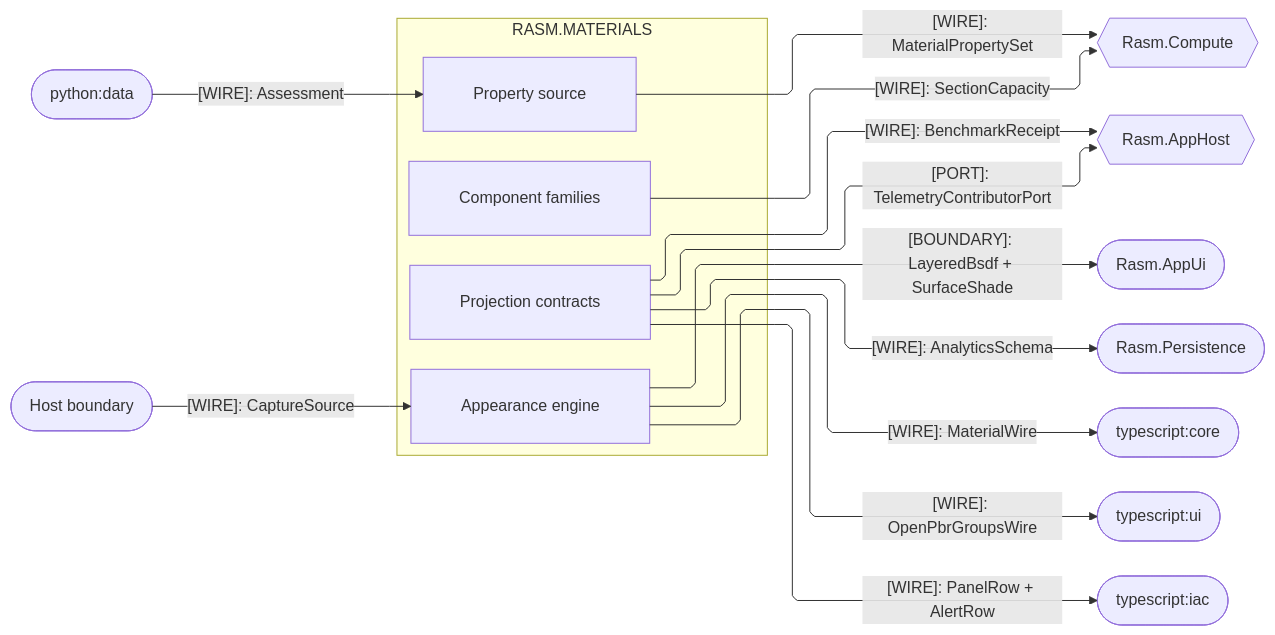
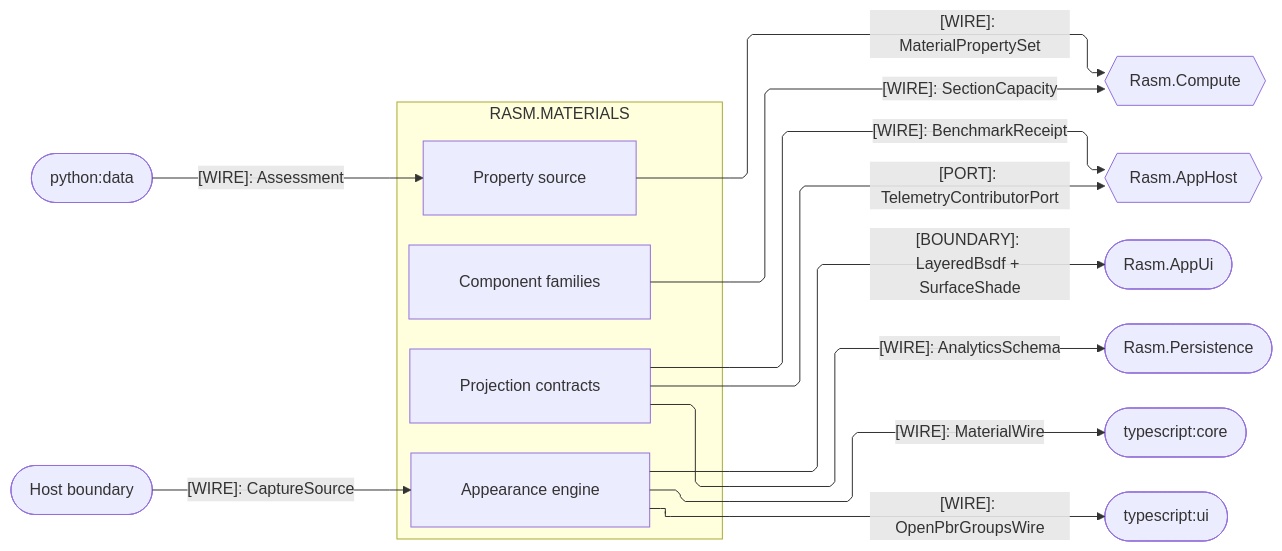
The third of 3 diagrams in libs/csharp/Rasm.Materials/ARCHITECTURE.md (bsamiee/Rasm), drawn with Mermaid before and after one commit. The commit also changed other lines of this file and 486 other files, not shown here.

````diff
--- a/libs/csharp/Rasm.Materials/ARCHITECTURE.md
+++ b/libs/csharp/Rasm.Materials/ARCHITECTURE.md
@@ -117,38 +117,36 @@
 ```mermaid
 ---
 config:
   layout: elk
   flowchart:
     curve: linear
     padding: 25
 ---
 flowchart LR
     accTitle: Materials platform, compute, and cross-runtime seams
-    accDescr: Materials sub-domain owners exchanging capacity, property, appearance, capture, telemetry, benchmark, analytics, and descriptor wires with compute, the app host spine, the persistence store plane, the render host, the Python data peer, and the TypeScript core, viewer, and IaC peers, one edge per contract family labeled by kind.
+    accDescr: Materials sub-domain owners exchanging capacity, property, appearance, capture, telemetry, benchmark, and analytics wires with compute, the app host spine, the persistence store plane, the render host, the Python data peer, and the TypeScript core and viewer peers, one edge per contract family labeled by kind.
     subgraph materials[RASM.MATERIALS]
         Component[Component families]
         Properties[Property source]
         Appearance[Appearance engine]
         Projection[Projection contracts]
     end
     Compute{{Rasm.Compute}}
     AppHost{{Rasm.AppHost}}
     AppUi([Rasm.AppUi])
     Persistence([Rasm.Persistence])
     DataPeer([python:data])
     Core([typescript:core])
     Ui([typescript:ui])
-    Iac([typescript:iac])
     Host([Host boundary])
     Component e1@-->|"[WIRE]: SectionCapacity"| Compute
     Properties e2@-->|"[WIRE]: MaterialPropertySet"| Compute
     DataPeer e3@-->|"[WIRE]: Assessment"| Properties
     Appearance e4@-->|"[BOUNDARY]: LayeredBsdf + SurfaceShade"| AppUi
     Appearance e5@-->|"[WIRE]: MaterialWire"| Core
     Appearance e6@-->|"[WIRE]: OpenPbrGroupsWire"| Ui
     Host e7@-->|"[WIRE]: CaptureSource"| Appearance
     Projection e8@-->|"[PORT]: TelemetryContributorPort"| AppHost
     Projection e9@-->|"[WIRE]: BenchmarkReceipt"| AppHost
     Projection e10@-->|"[WIRE]: AnalyticsSchema"| Persistence
-    Projection e11@-->|"[WIRE]: PanelRow + AlertRow"| Iac
 ```
````
